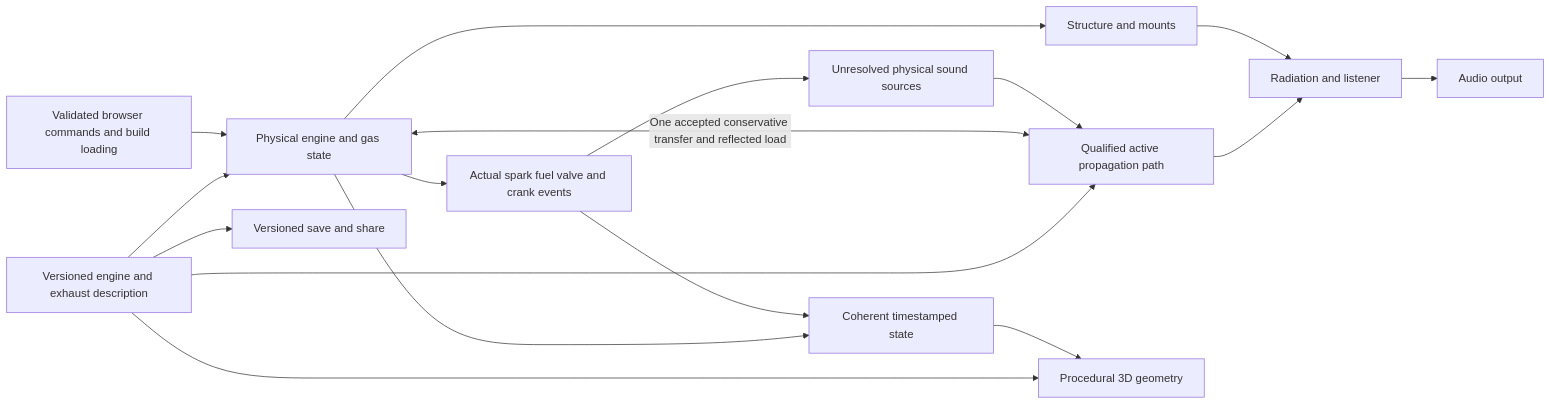
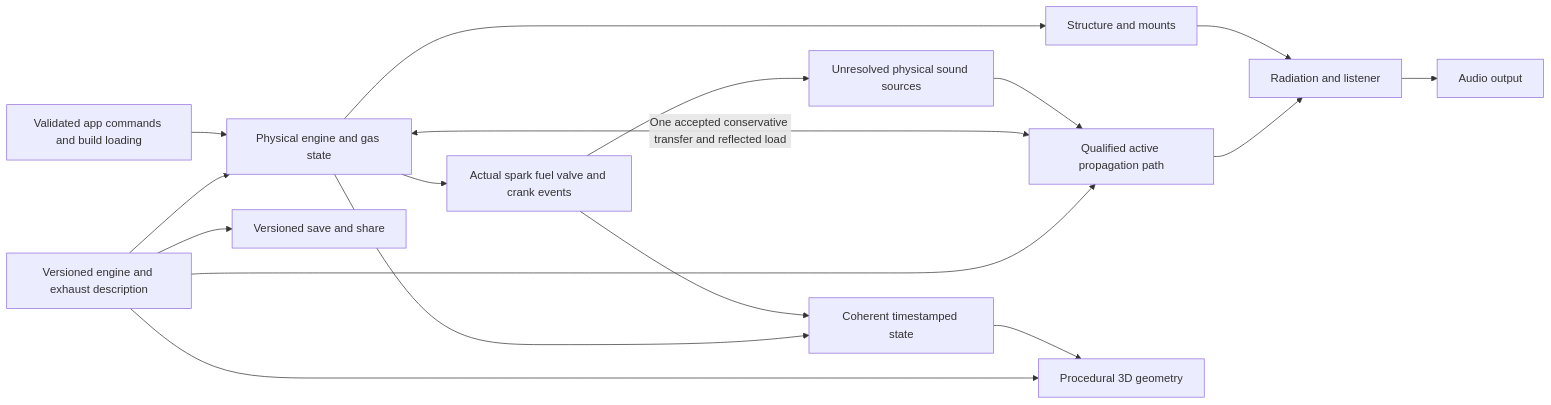
Before and after one commit to bernardovh77/REV-BENCH: the first of 2 diagrams in docs/roadmap/README.md, drawn with Mermaid. The commit also changed other lines of this file and 19 other files, not shown here.

````diff
--- a/docs/roadmap/README.md
+++ b/docs/roadmap/README.md
@@ -195,19 +205,19 @@
 ```mermaid
 flowchart LR
     D[Versioned engine and exhaust description] --> G[Physical engine and gas state]
     D --> P[Qualified active propagation path]
     G <-->|One accepted conservative transfer and reflected load| P
     G --> E[Actual spark fuel valve and crank events]
     E --> U[Unresolved physical sound sources]
     U --> P
     P --> R[Radiation and listener]
     G --> M[Structure and mounts]
     M --> R
     R --> A[Audio output]
     D --> V[Procedural 3D geometry]
     G --> S[Coherent timestamped state]
     E --> S
     S --> V
-    C[Validated browser commands and build loading] --> G
+    C[Validated app commands and build loading] --> G
     D --> B[Versioned save and share]
 ```
````
